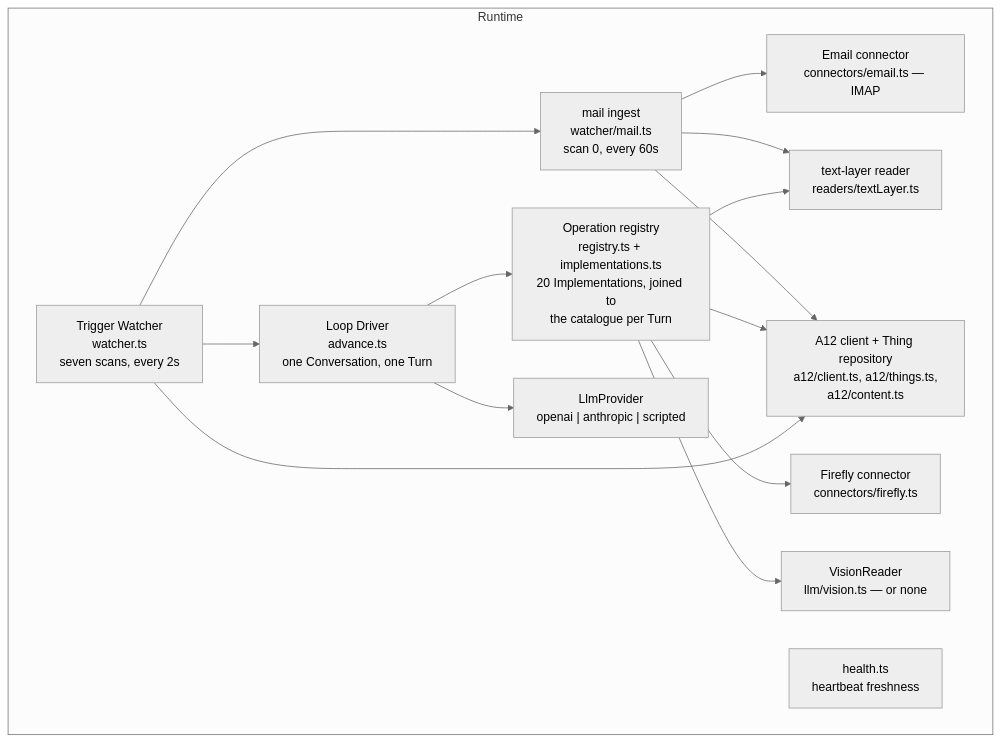
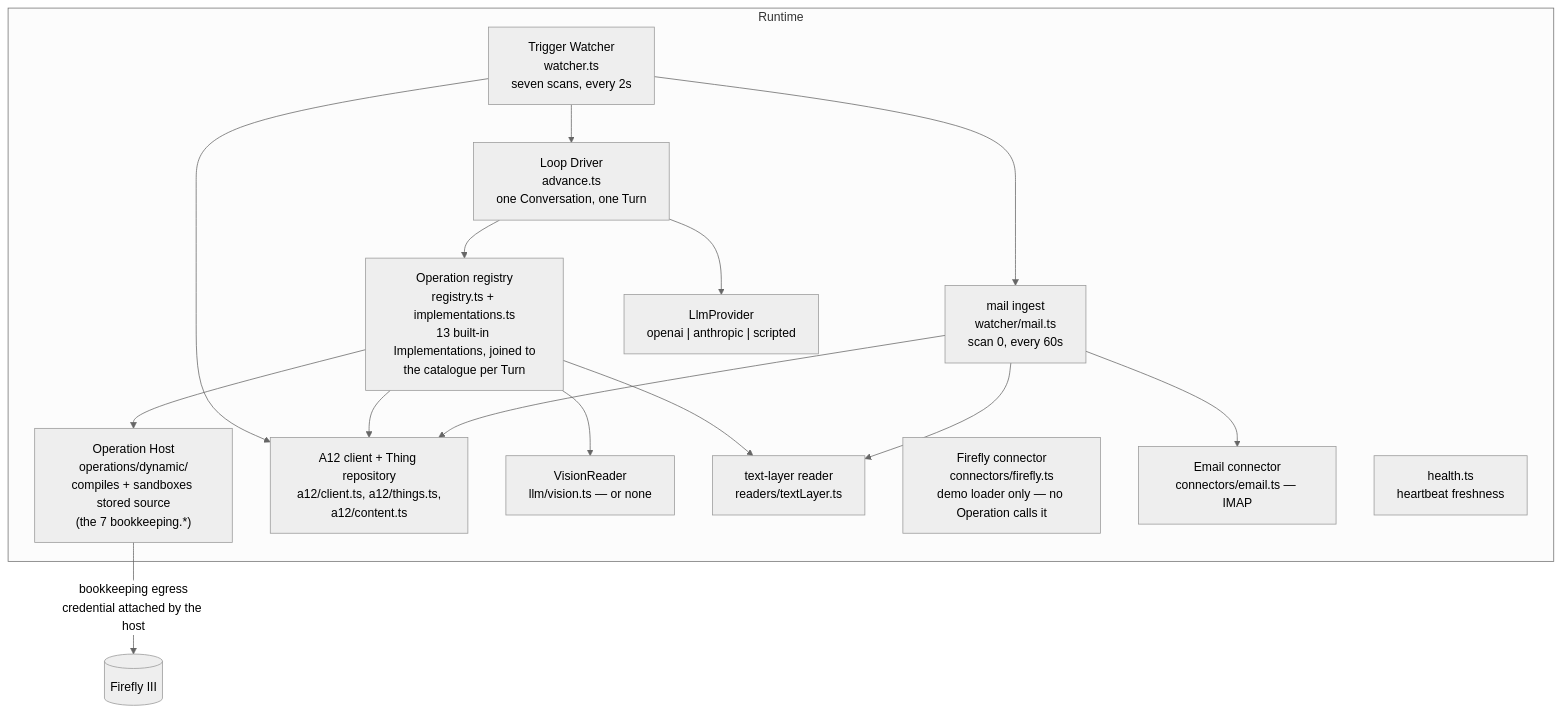
Before and after one commit to tillg/assistants: the third of 6 diagrams in specs/system/architecture.md, drawn with Mermaid (neutral theme). The commit also changed other lines of this file and 2 other files, not shown here.

First line of the commit message:
docs(system): dynamic operations, attachment preview, and named Things folded in

````diff
--- a/specs/system/architecture.md
+++ b/specs/system/architecture.md
@@ -337,28 +383,30 @@
 ```mermaid
 flowchart TB
     subgraph RT["Runtime"]
         W["Trigger Watcher<br/>watcher.ts<br/>seven scans, every 2s"]
         MI["mail ingest<br/>watcher/mail.ts<br/>scan 0, every 60s"]
         L["Loop Driver<br/>advance.ts<br/>one Conversation, one Turn"]
-        TR["Operation registry<br/>registry.ts + implementations.ts<br/>20 Implementations, joined to<br/>the catalogue per Turn"]
+        TR["Operation registry<br/>registry.ts + implementations.ts<br/>13 built-in Implementations, joined to<br/>the catalogue per Turn"]
+        OH["Operation Host<br/>operations/dynamic/<br/>compiles + sandboxes stored source<br/>(the 7 bookkeeping.*)"]
         C["A12 client + Thing repository<br/>a12/client.ts, a12/things.ts,<br/>a12/content.ts"]
         P["LlmProvider<br/>openai | anthropic | scripted"]
         V["VisionReader<br/>llm/vision.ts — or none"]
         RD["text-layer reader<br/>readers/textLayer.ts"]
-        FFC["Firefly connector<br/>connectors/firefly.ts"]
+        FFC["Firefly connector<br/>connectors/firefly.ts<br/>demo loader only — no Operation calls it"]
         EMC["Email connector<br/>connectors/email.ts — IMAP"]
         H["health.ts<br/>heartbeat freshness"]
     end
     W --> L
     W --> MI
     MI --> EMC
     MI --> RD
     MI --> C
     L --> TR
     L --> P
     TR --> C
-    TR --> FFC
+    TR --> OH
+    OH -->|"bookkeeping egress<br/>credential attached by the host"| FF3[("Firefly III")]
     TR --> RD
     TR --> V
     W --> C
 ```
````
